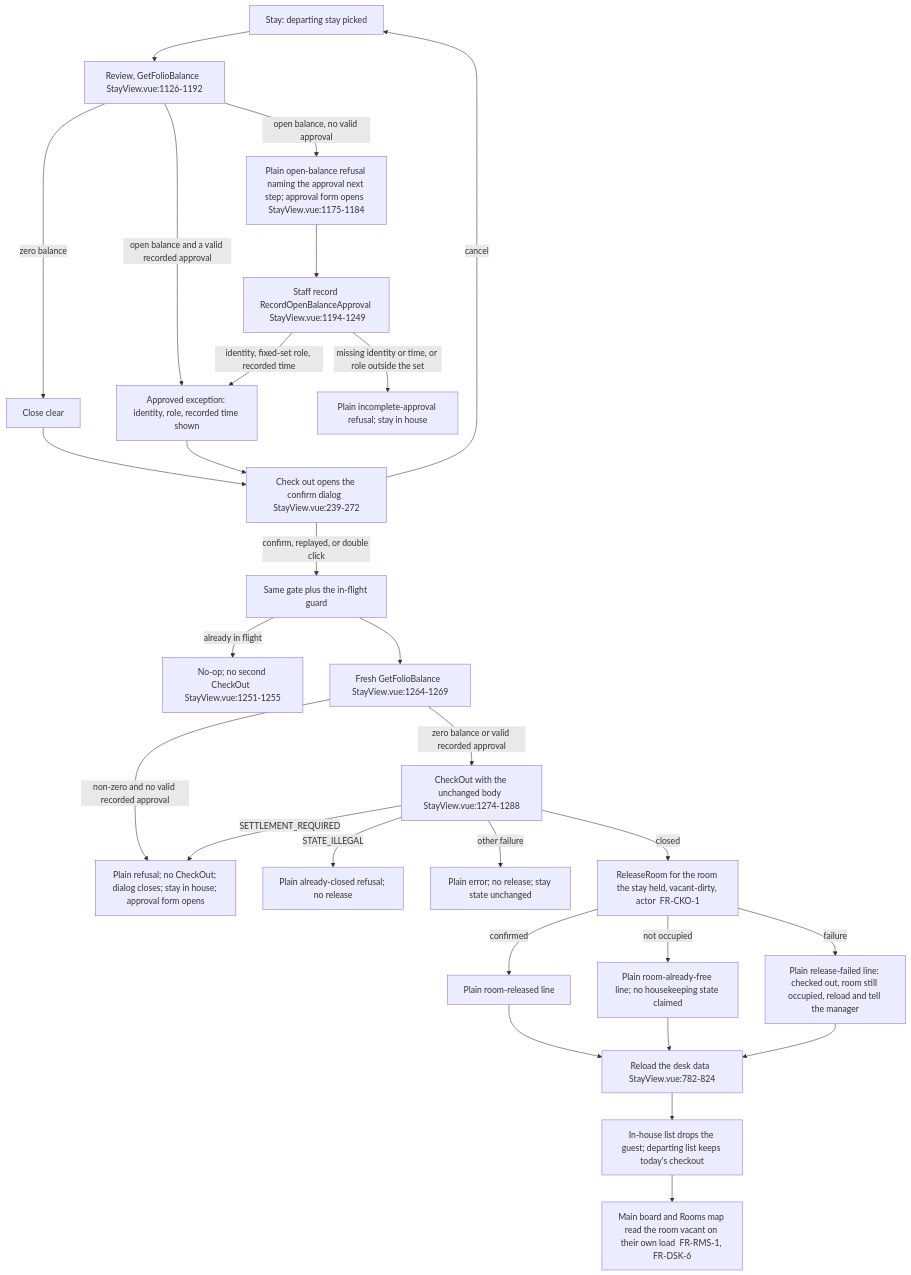
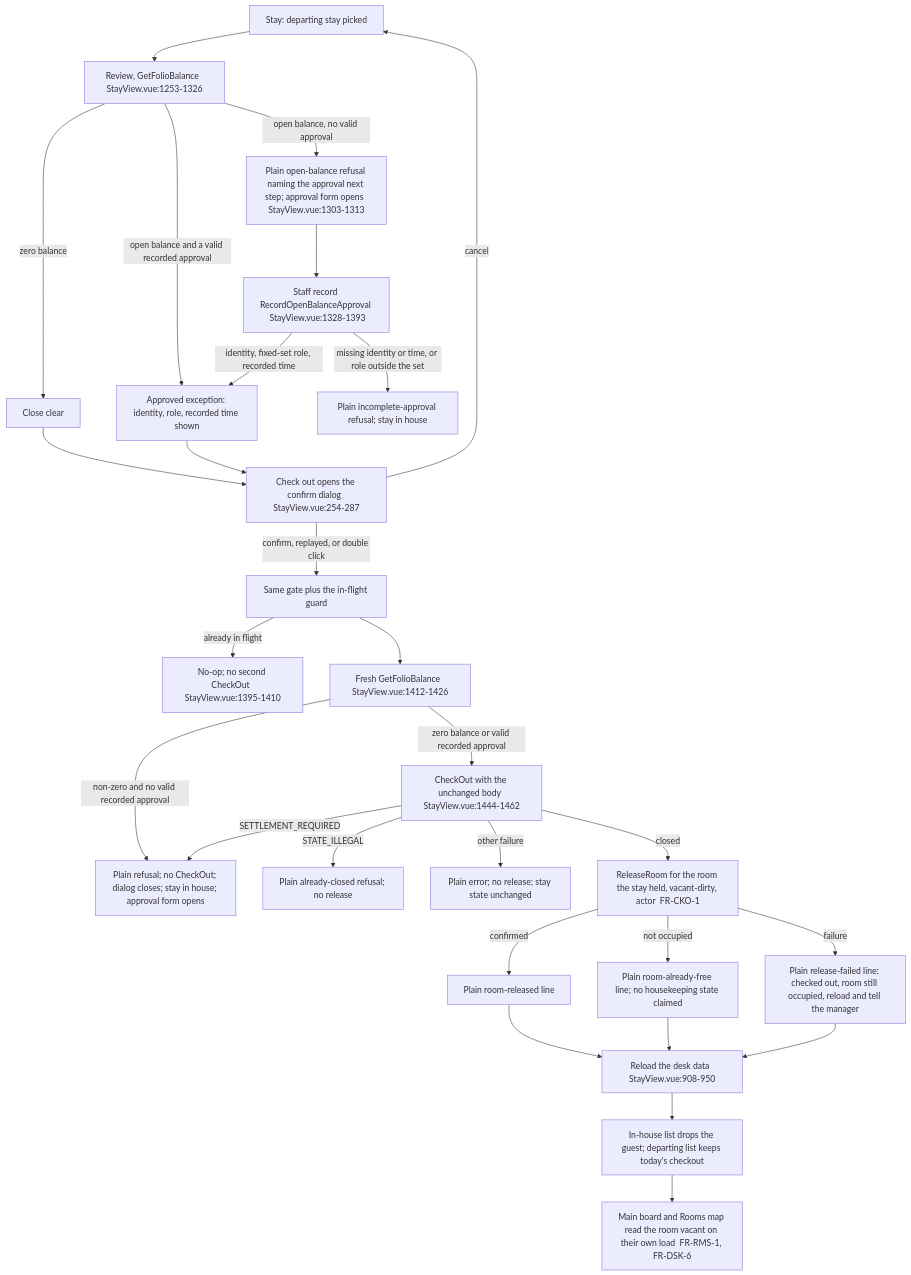
One commit to MingChen1501/hotel-mgmt changed the second of 2 diagrams in docs/requirements/mvp-requirements.md. Above: the diagram before and after it, drawn with Mermaid. The commit also changed other lines of this file and 24 other files, not shown here.

````diff
--- a/docs/requirements/mvp-requirements.md
+++ b/docs/requirements/mvp-requirements.md
@@ -3573,30 +3573,30 @@
 ```mermaid
 flowchart TD
-    A[Stay: departing stay picked] --> B[Review, GetFolioBalance  StayView.vue:1126-1192]
+    A[Stay: departing stay picked] --> B[Review, GetFolioBalance  StayView.vue:1253-1326]
     B -- zero balance --> C[Close clear]
     B -- open balance and a valid recorded approval --> D[Approved exception: identity, role, recorded time shown]
-    B -- open balance, no valid approval --> E[Plain open-balance refusal naming the approval next step; approval form opens  StayView.vue:1175-1184]
-    E --> F[Staff record RecordOpenBalanceApproval  StayView.vue:1194-1249]
+    B -- open balance, no valid approval --> E[Plain open-balance refusal naming the approval next step; approval form opens  StayView.vue:1303-1313]
+    E --> F[Staff record RecordOpenBalanceApproval  StayView.vue:1328-1393]
     F -- identity, fixed-set role, recorded time --> D
     F -- missing identity or time, or role outside the set --> E2[Plain incomplete-approval refusal; stay in house]
-    C --> G[Check out opens the confirm dialog  StayView.vue:239-272]
+    C --> G[Check out opens the confirm dialog  StayView.vue:254-287]
     D --> G
     G -- cancel --> A
     G -- confirm, replayed, or double click --> H[Same gate plus the in-flight guard]
-    H -- already in flight --> Z[No-op; no second CheckOut  StayView.vue:1251-1255]
-    H --> I[Fresh GetFolioBalance  StayView.vue:1264-1269]
+    H -- already in flight --> Z[No-op; no second CheckOut  StayView.vue:1395-1410]
+    H --> I[Fresh GetFolioBalance  StayView.vue:1412-1426]
     I -- non-zero and no valid recorded approval --> J[Plain refusal; no CheckOut; dialog closes; stay in house; approval form opens]
-    I -- zero balance or valid recorded approval --> K[CheckOut with the unchanged body  StayView.vue:1274-1288]
+    I -- zero balance or valid recorded approval --> K[CheckOut with the unchanged body  StayView.vue:1444-1462]
     K -- SETTLEMENT_REQUIRED --> J
     K -- STATE_ILLEGAL --> L[Plain already-closed refusal; no release]
     K -- other failure --> M[Plain error; no release; stay state unchanged]
     K -- closed --> N[ReleaseRoom for the room the stay held, vacant-dirty, actor  FR-CKO-1]
     N -- confirmed --> O[Plain room-released line]
     N -- not occupied --> P[Plain room-already-free line; no housekeeping state claimed]
     N -- failure --> Q[Plain release-failed line: checked out, room still occupied, reload and tell the manager]
-    O --> R[Reload the desk data  StayView.vue:782-824]
+    O --> R[Reload the desk data  StayView.vue:908-950]
     P --> R
     Q --> R
     R --> S[In-house list drops the guest; departing list keeps today's checkout]
     S --> T[Main board and Rooms map read the room vacant on their own load  FR-RMS-1, FR-DSK-6]
 ```
````
